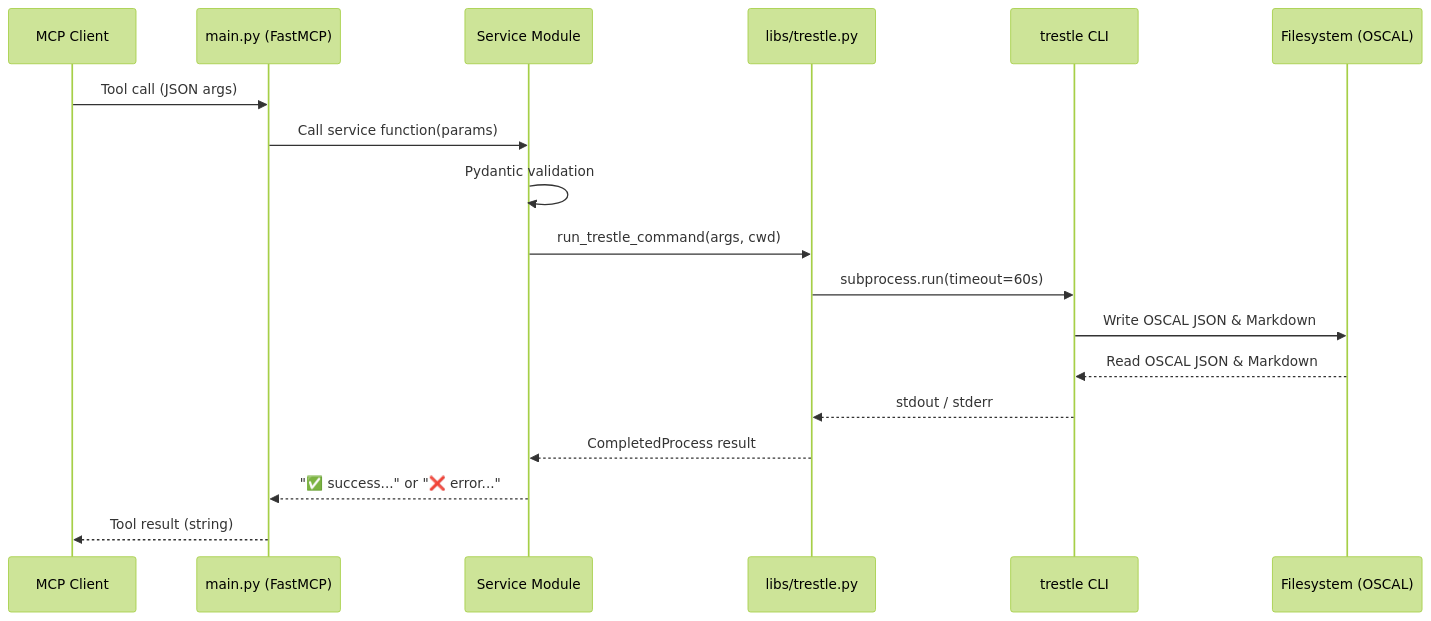
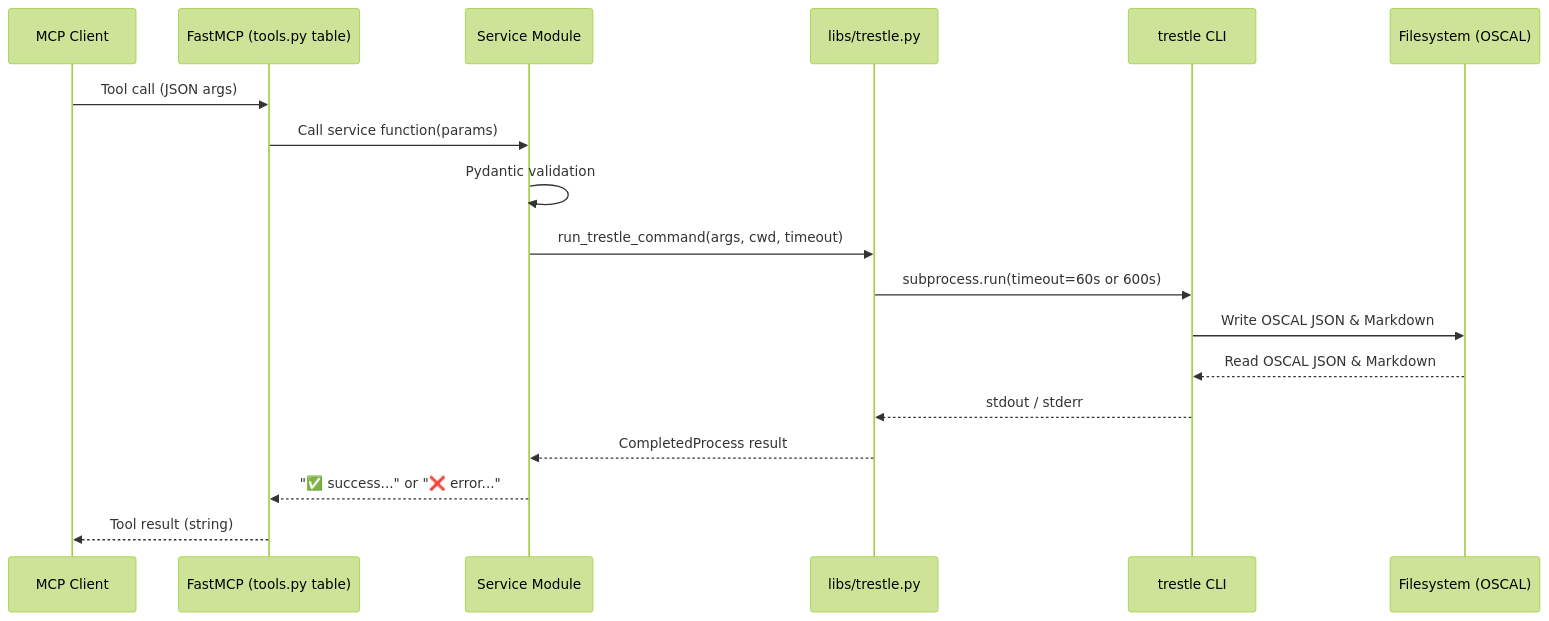
One commit to oscal-compass/compliance-trestle-mcp changed the third of 4 diagrams in docs/architecture.md. Above: the diagram before and after it, drawn with Mermaid (forest theme). The commit also changed other lines of this file, not shown here.

First line of the commit message:
docs: bring the architecture page back in line with the code

````diff
--- a/docs/architecture.md
+++ b/docs/architecture.md
@@ -96,21 +135,21 @@
 ```mermaid
 sequenceDiagram
     participant Client as MCP Client
-    participant MCP as main.py (FastMCP)
+    participant MCP as FastMCP (tools.py table)
     participant Svc as Service Module
     participant Lib as libs/trestle.py
     participant CLI as trestle CLI
     participant FS as Filesystem (OSCAL)
 
     Client->>MCP: Tool call (JSON args)
     MCP->>Svc: Call service function(params)
     Svc->>Svc: Pydantic validation
-    Svc->>Lib: run_trestle_command(args, cwd)
-    Lib->>CLI: subprocess.run(timeout=60s)
+    Svc->>Lib: run_trestle_command(args, cwd, timeout)
+    Lib->>CLI: subprocess.run(timeout=60s or 600s)
     CLI->>FS: Write OSCAL JSON & Markdown
     FS-->>CLI: Read OSCAL JSON & Markdown
     CLI-->>Lib: stdout / stderr
     Lib-->>Svc: CompletedProcess result
     Svc-->>MCP: "✅ success..." or "❌ error..."
     MCP-->>Client: Tool result (string)
 ```
````
